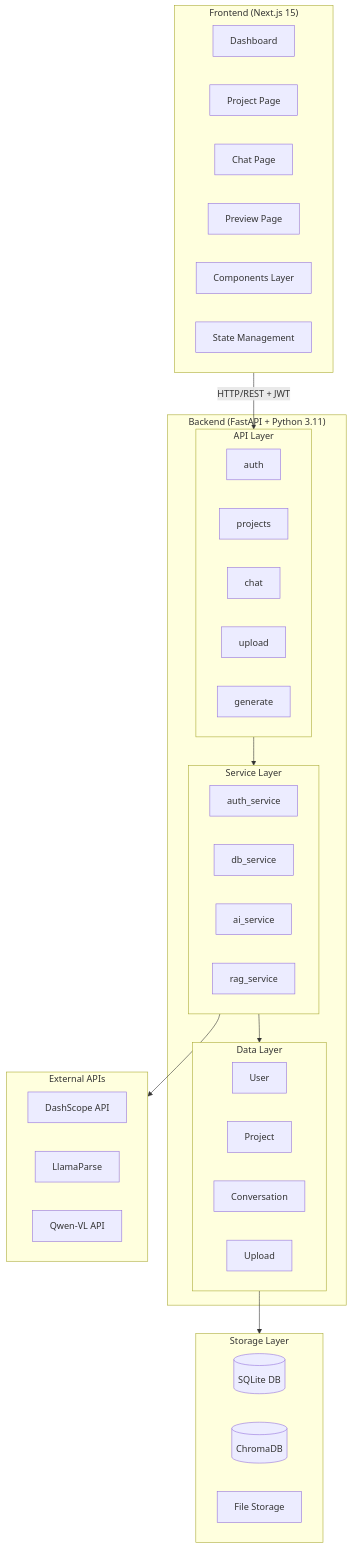
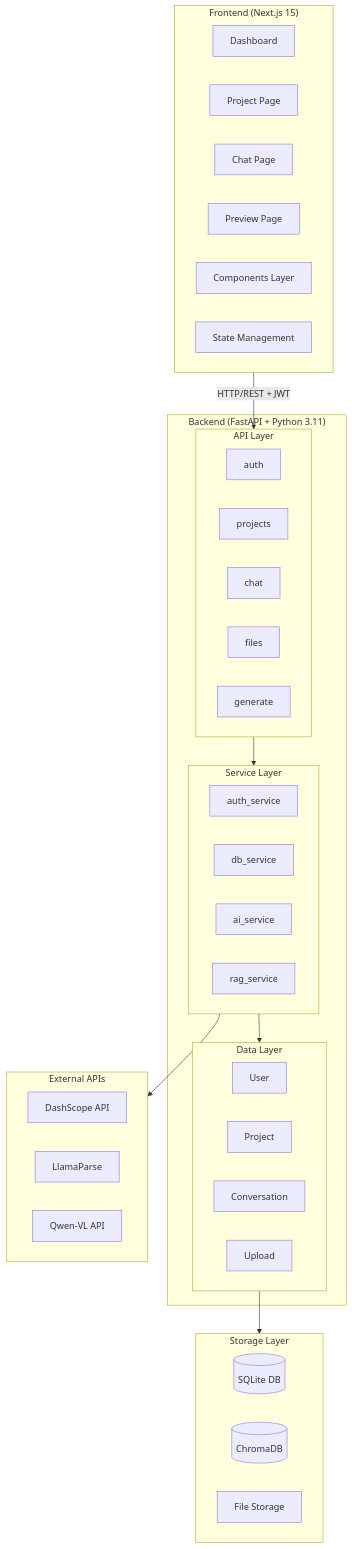
One commit to ln-one/Spectra changed the diagram in docs/architecture/system/overview.md. Above: the diagram before and after it, drawn with Mermaid. The commit also changed 19 other files, not shown here.

````diff
--- a/docs/architecture/system/overview.md
+++ b/docs/architecture/system/overview.md
@@ -9,53 +9,53 @@
 ```mermaid
 graph TB
     subgraph Frontend["Frontend (Next.js 15)"]
         Dashboard[Dashboard]
         ProjectPage[Project Page]
         ChatPage[Chat Page]
         PreviewPage[Preview Page]
         Components[Components Layer]
         StateManagement[State Management]
     end
     
     subgraph Backend["Backend (FastAPI + Python 3.11)"]
         subgraph APILayer[API Layer]
             AuthRouter[auth]
             ProjectsRouter[projects]
             ChatRouter[chat]
-            UploadRouter[upload]
+            FilesRouter[files]
             GenerateRouter[generate]
         end
         
         subgraph ServiceLayer[Service Layer]
             AuthService[auth_service]
             DBService[db_service]
             AIService[ai_service]
             RAGService[rag_service]
         end
         
         subgraph DataLayer[Data Layer]
             UserModel[User]
             ProjectModel[Project]
             ConversationModel[Conversation]
             UploadModel[Upload]
         end
     end
     
     subgraph Storage[Storage Layer]
         SQLite[(SQLite DB)]
         ChromaDB[(ChromaDB)]
         FileStorage[File Storage]
     end
     
     subgraph ExternalAPIs[External APIs]
         DashScope[DashScope API]
         LlamaParse[LlamaParse]
         QwenVL[Qwen-VL API]
     end
     
     Frontend -->|HTTP/REST + JWT| APILayer
     APILayer --> ServiceLayer
     ServiceLayer --> DataLayer
     DataLayer --> Storage
     ServiceLayer --> ExternalAPIs
 ```
````
